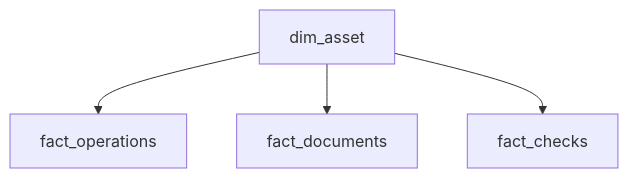
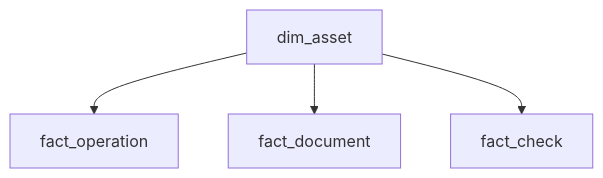
One commit to lazuale/department-data-core changed the second of 2 diagrams in docs/analytics-standard.md. Above: the diagram before and after it, drawn with Mermaid. The commit also changed other lines of this file and 8 other files, not shown here.

````diff
--- a/docs/analytics-standard.md
+++ b/docs/analytics-standard.md
@@ -45,7 +47,7 @@
 ```mermaid
 flowchart TB
     A[dim_asset]
-    A --> O[fact_operations]
-    A --> D[fact_documents]
-    A --> C[fact_checks]
+    A --> O[fact_operation]
+    A --> D[fact_document]
+    A --> C[fact_check]
 ```
````
